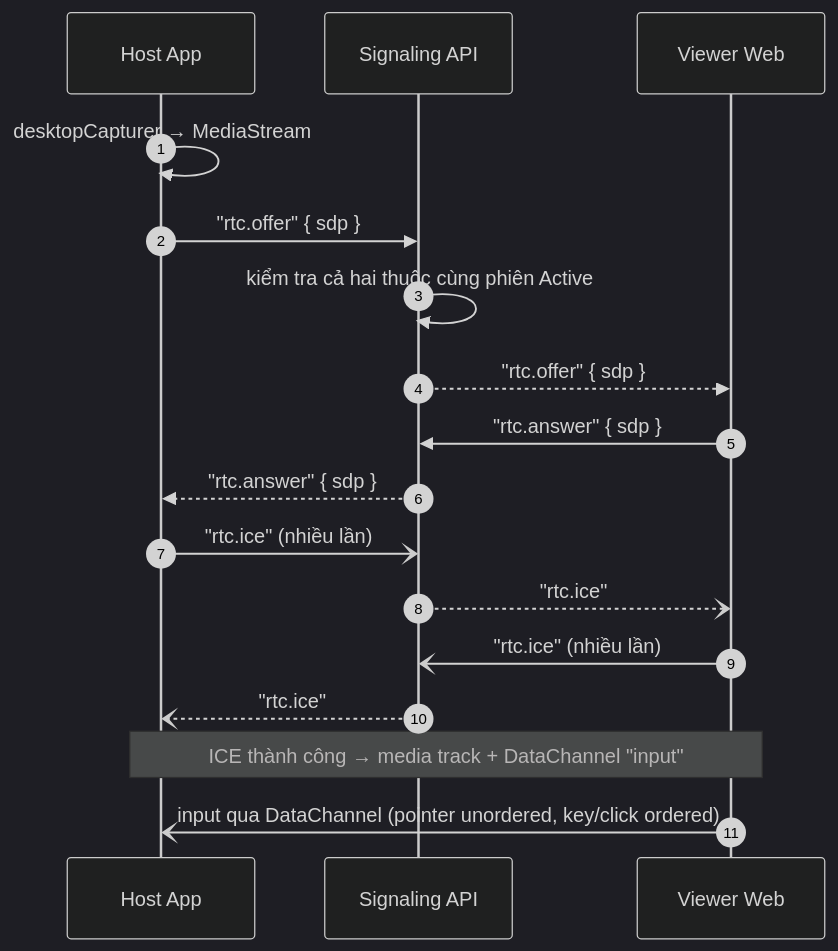
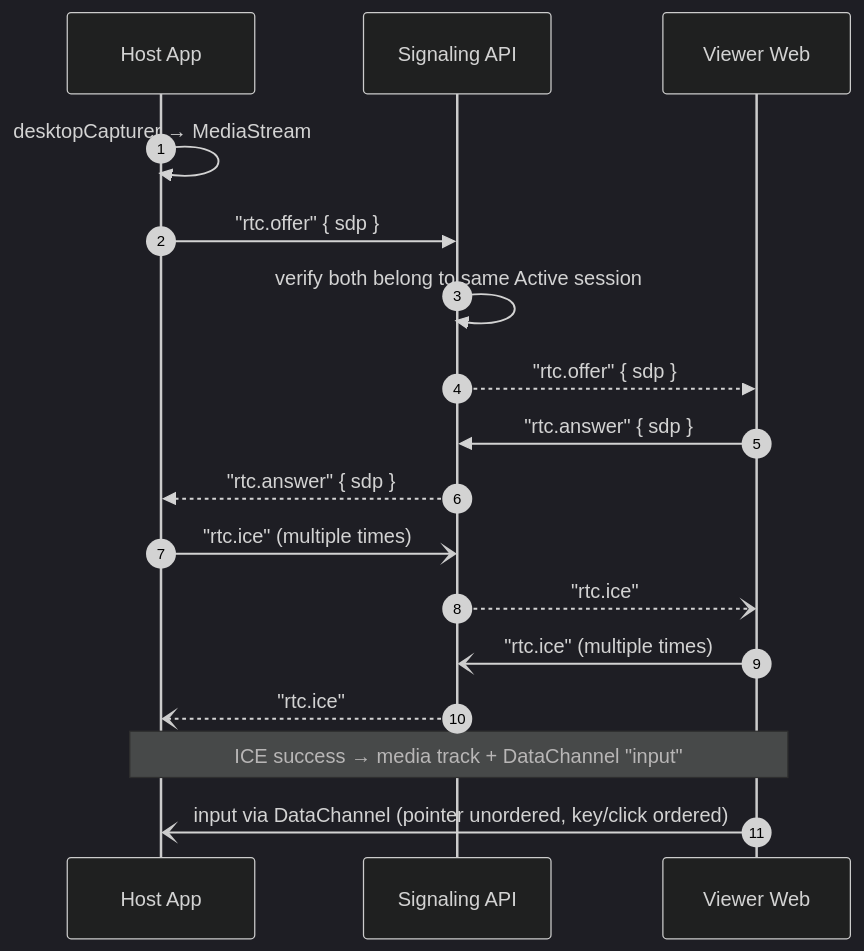
Before and after one commit to dunguyen-311201/PBL4: the fourth of 7 diagrams in docs/01-hld.md, drawn with Mermaid (dark theme). The commit also changed other lines of this file and 4 other files, not shown here.

````diff
--- a/docs/01-hld.md
+++ b/docs/01-hld.md
@@ -101,20 +101,20 @@
 ```mermaid
 sequenceDiagram
     autonumber
     participant H as Host App
     participant A as Signaling API
     participant V as Viewer Web
 
     H->>H: desktopCapturer → MediaStream
     H->>A: "rtc.offer" { sdp }
-    A->>A: kiểm tra cả hai thuộc cùng phiên Active
+    A->>A: verify both belong to same Active session
     A-->>V: "rtc.offer" { sdp }
     V->>A: "rtc.answer" { sdp }
     A-->>H: "rtc.answer" { sdp }
-    H-)A: "rtc.ice" (nhiều lần)
+    H-)A: "rtc.ice" (multiple times)
     A--)V: "rtc.ice"
-    V-)A: "rtc.ice" (nhiều lần)
+    V-)A: "rtc.ice" (multiple times)
     A--)H: "rtc.ice"
-    Note over H,V: ICE thành công → media track + DataChannel "input"
-    V-)H: input qua DataChannel (pointer unordered, key/click ordered)
+    Note over H,V: ICE success → media track + DataChannel "input"
+    V-)H: input via DataChannel (pointer unordered, key/click ordered)
 ```
````
